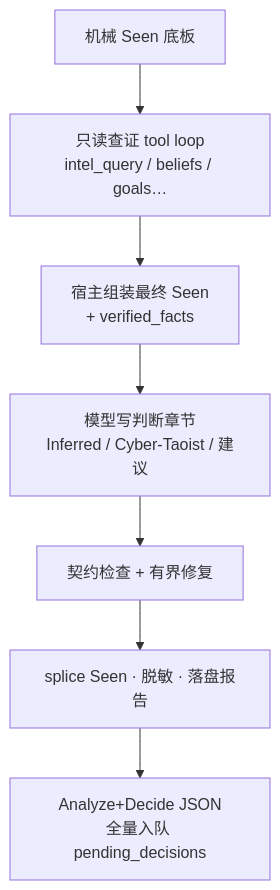
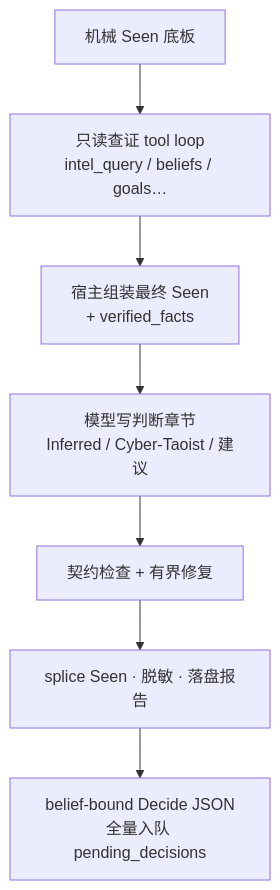
The fourth of 9 diagrams in docs/mechanism-diagram.md (imjszhang/js-evolution-agent), drawn with Mermaid before and after one commit. The commit also changed other lines of this file and 237 other files, not shown here.

````diff
--- a/docs/mechanism-diagram.md
+++ b/docs/mechanism-diagram.md
@@ -125,9 +123,9 @@
 ```mermaid
 flowchart TB
   S0["机械 Seen 底板"] --> S1["只读查证 tool loop<br/>intel_query / beliefs / goals…"]
   S1 --> S2["宿主组装最终 Seen<br/>+ verified_facts"]
   S2 --> S3["模型写判断章节<br/>Inferred / Cyber-Taoist / 建议"]
   S3 --> S4["契约检查 + 有界修复"]
   S4 --> S5["splice Seen · 脱敏 · 落盘报告"]
-  S5 --> S6["Analyze+Decide JSON<br/>全量入队 pending_decisions"]
+  S5 --> S6["belief-bound Decide JSON<br/>全量入队 pending_decisions"]
 ```
````
